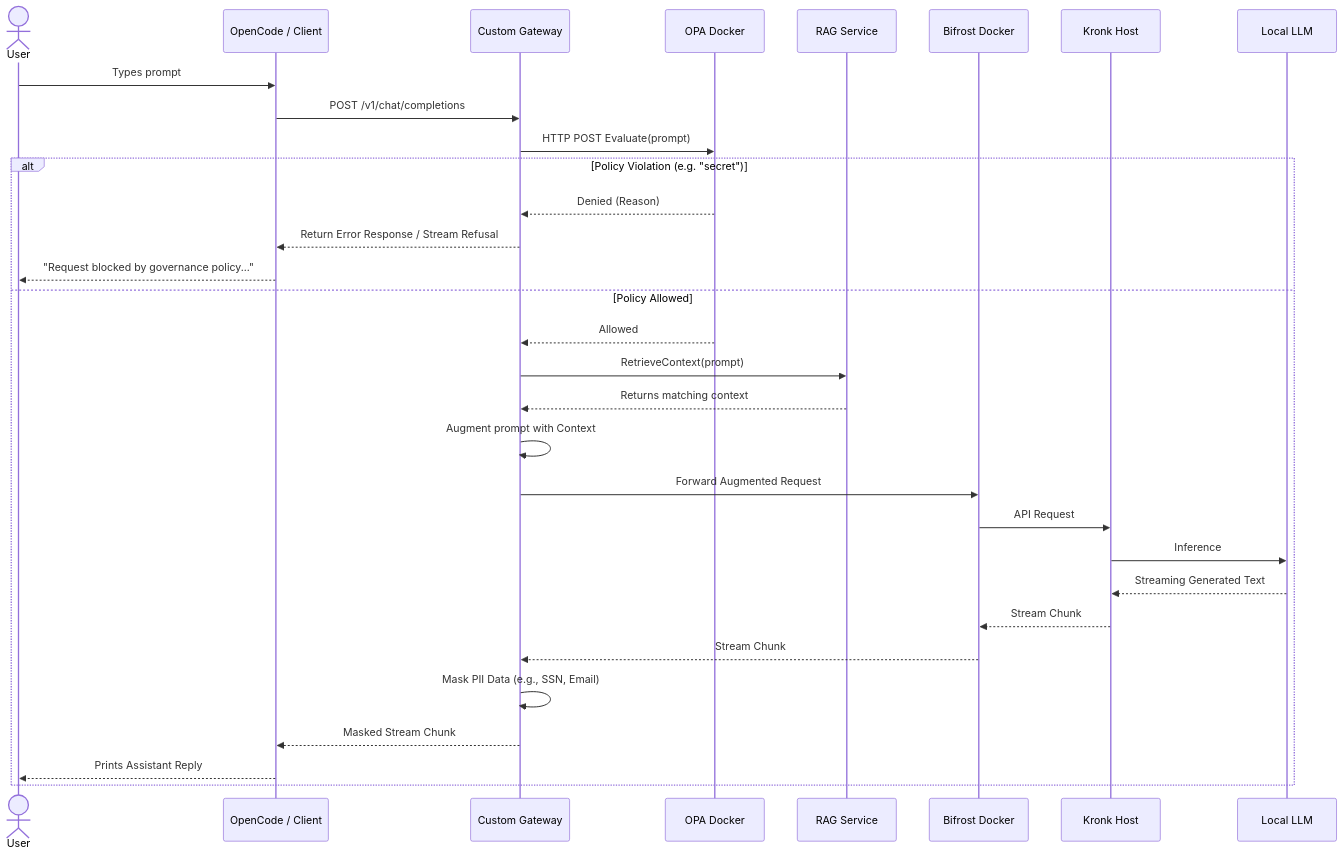
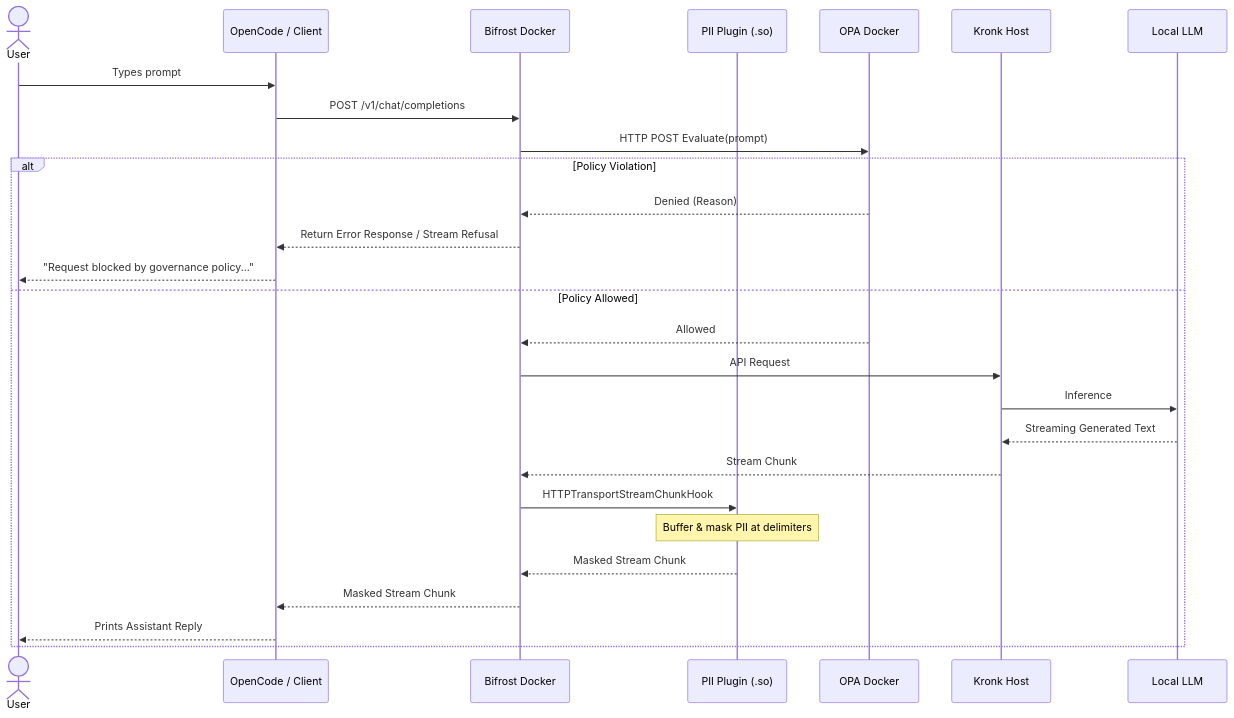
One commit to eduardobcolombo/custom-ai changed the second of 2 diagrams in README.md. Above: the diagram before and after it, drawn with Mermaid. The commit also changed other lines of this file and 1187 other files, not shown here.

Commit message:
feat: add plugin pii-interceptor

````diff
--- a/README.md
+++ b/README.md
@@ -49,44 +41,36 @@
 ```mermaid
 sequenceDiagram
     actor User
     participant App as OpenCode / Client
-    participant GW as Custom Gateway
+    participant Bifrost as Bifrost Docker
+    participant PII as PII Plugin (.so)
     participant OPA as OPA Docker
-    participant RAG as RAG Service
-    participant Bifrost as Bifrost Docker
     participant Kronk as Kronk Host
     participant LLM as Local LLM
 
     User->>App: Types prompt
-    App->>GW: POST /v1/chat/completions
+    App->>Bifrost: POST /v1/chat/completions
     
     %% OPA Evaluation
-    GW->>OPA: HTTP POST Evaluate(prompt)
-    alt Policy Violation (e.g. "secret")
-        OPA-->>GW: Denied (Reason)
-        GW-->>App: Return Error Response / Stream Refusal
+    Bifrost->>OPA: HTTP POST Evaluate(prompt)
+    alt Policy Violation
+        OPA-->>Bifrost: Denied (Reason)
+        Bifrost-->>App: Return Error Response / Stream Refusal
         App-->>User: "Request blocked by governance policy..."
     else Policy Allowed
-        OPA-->>GW: Allowed
+        OPA-->>Bifrost: Allowed
         
-        %% RAG Context Fetch
-        GW->>RAG: RetrieveContext(prompt)
-        RAG-->>GW: Returns matching context
-        
-        %% Augmentation
-        GW->>GW: Augment prompt with Context
-        
-        %% Bifrost Routing
-        GW->>Bifrost: Forward Augmented Request
+        %% Kronk Routing
         Bifrost->>Kronk: API Request
         Kronk->>LLM: Inference
         
         %% Response Flow
         LLM-->>Kronk: Streaming Generated Text
         Kronk-->>Bifrost: Stream Chunk
-        Bifrost-->>GW: Stream Chunk
-        GW->>GW: Mask PII Data (e.g., SSN, Email)
-        GW-->>App: Masked Stream Chunk
+        Bifrost->>PII: HTTPTransportStreamChunkHook
+        Note over PII: Buffer & mask PII at delimiters
+        PII-->>Bifrost: Masked Stream Chunk
+        Bifrost-->>App: Masked Stream Chunk
         App-->>User: Prints Assistant Reply
     end
 ```
````
